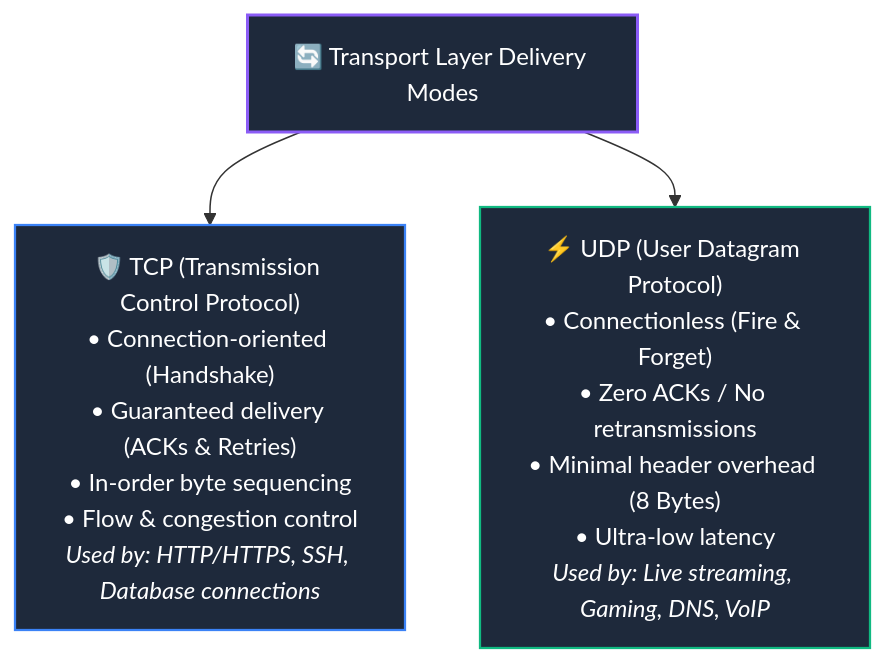
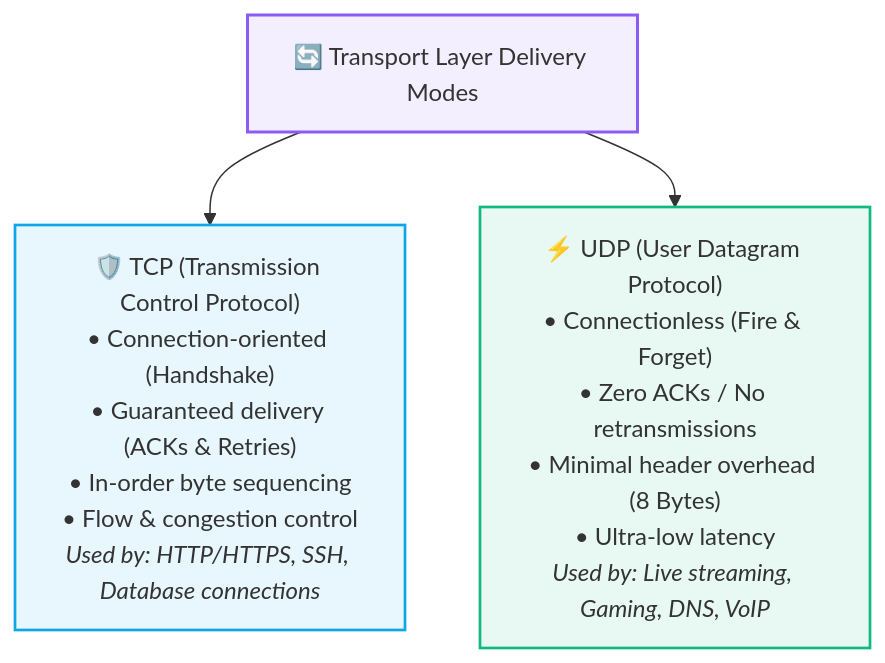
One commit to abhinavbharti2345/CS_Notes changed the third of 4 diagrams in Computer Networking/Data Units - Segment, Packet, Frame, Bits.md. Above: the diagram before and after it, drawn with Mermaid. The commit also changed other lines of this file and 47 other files, not shown here.

Commit message:
docs: add computer science study notes and generate graphify visualization output

````diff
--- a/Computer Networking/Data Units - Segment, Packet, Frame, Bits.md
+++ b/Computer Networking/Data Units - Segment, Packet, Frame, Bits.md
@@ -94,15 +108,15 @@
 ```mermaid
 flowchart TD
     TL["🔄 Transport Layer Delivery Modes"]
     
     TL --> TCP["🛡️ TCP (Transmission Control Protocol)<br/>• Connection-oriented (Handshake)<br/>• Guaranteed delivery (ACKs & Retries)<br/>• In-order byte sequencing<br/>• Flow & congestion control<br/><i>Used by: HTTP/HTTPS, SSH, Database connections</i>"]
     
     TL --> UDP["⚡ UDP (User Datagram Protocol)<br/>• Connectionless (Fire & Forget)<br/>• Zero ACKs / No retransmissions<br/>• Minimal header overhead (8 Bytes)<br/>• Ultra-low latency<br/><i>Used by: Live streaming, Gaming, DNS, VoIP</i>"]
 
-    classDef root fill:#1e293b,stroke:#8b5cf6,stroke-width:2px,color:#fff;
-    classDef tcp fill:#1e293b,stroke:#3b82f6,stroke-width:1.5px,color:#fff;
-    classDef udp fill:#1e293b,stroke:#10b981,stroke-width:1.5px,color:#fff;
+    classDef root fill:#8b5cf618,stroke:#8b5cf6,stroke-width:2px;
+    classDef tcp fill:#0ea5e918,stroke:#0ea5e9,stroke-width:1.8px;
+    classDef udp fill:#10b98118,stroke:#10b981,stroke-width:1.8px;
     class TL root;
     class TCP tcp;
     class UDP udp;
 ```
````
